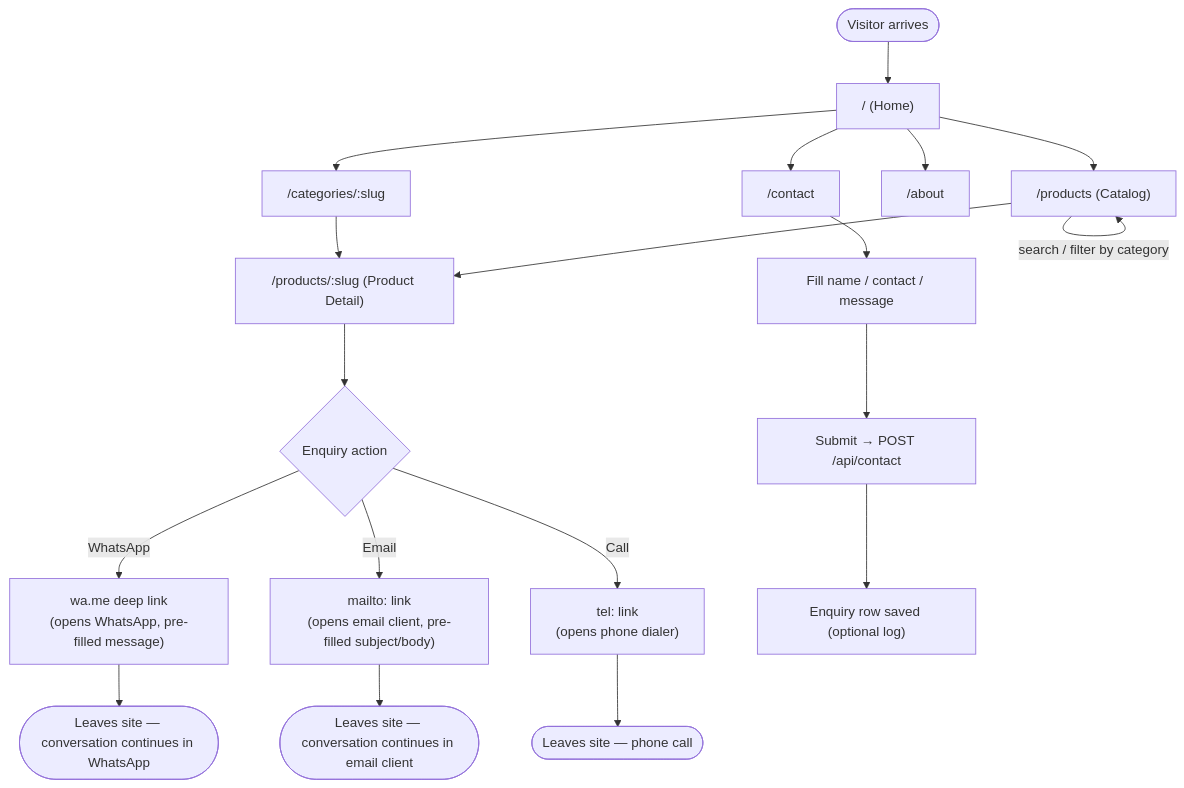
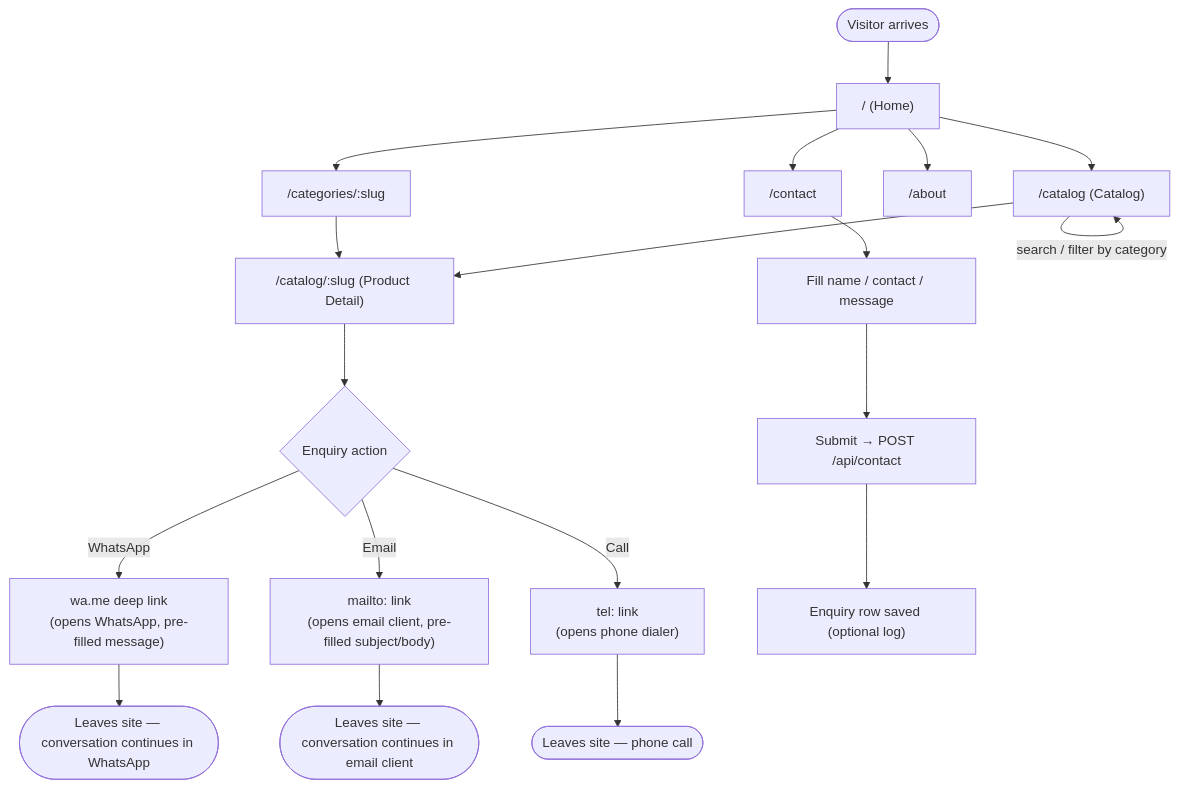
Before and after one commit to guru-pandit/chaitanya-stores: the first of 7 diagrams in docs/user-flows-and-data-flow.md, drawn with Mermaid. The commit also changed 49 other files, not shown here.

````diff
--- a/docs/user-flows-and-data-flow.md
+++ b/docs/user-flows-and-data-flow.md
@@ -20,25 +20,25 @@
 ```mermaid
 flowchart TD
     Start([Visitor arrives]) --> Home["/ (Home)"]
-    Home --> Browse["/products (Catalog)"]
+    Home --> Browse["/catalog (Catalog)"]
     Home --> CatLink["/categories/:slug"]
     Home --> About["/about"]
     Home --> Contact["/contact"]
 
     Browse -- "search / filter by category" --> Browse
-    Browse --> Detail["/products/:slug (Product Detail)"]
+    Browse --> Detail["/catalog/:slug (Product Detail)"]
     CatLink --> Detail
 
     Detail --> Enquire{Enquiry action}
     Enquire -- "WhatsApp" --> WA["wa.me deep link\n(opens WhatsApp, pre-filled message)"]
     Enquire -- "Email" --> Mail["mailto: link\n(opens email client, pre-filled subject/body)"]
     Enquire -- "Call" --> Tel["tel: link\n(opens phone dialer)"]
 
     Contact --> ContactForm["Fill name / contact / message"]
     ContactForm --> Submit["Submit → POST /api/contact"]
     Submit --> Logged["Enquiry row saved (optional log)"]
 
     WA --> Exit([Leaves site — conversation continues in WhatsApp])
     Mail --> Exit2([Leaves site — conversation continues in email client])
     Tel --> Exit3([Leaves site — phone call])
 ```
````
